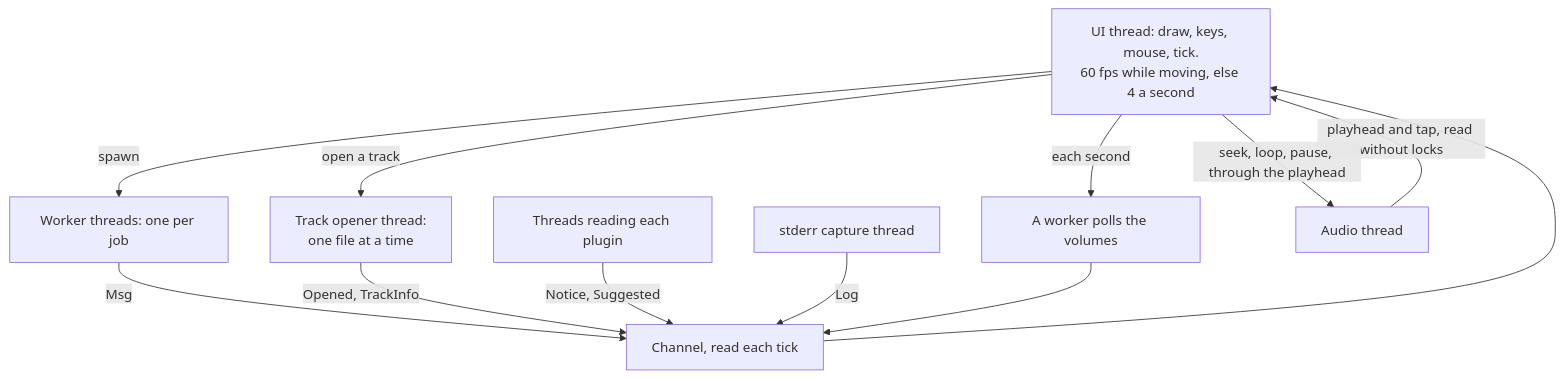
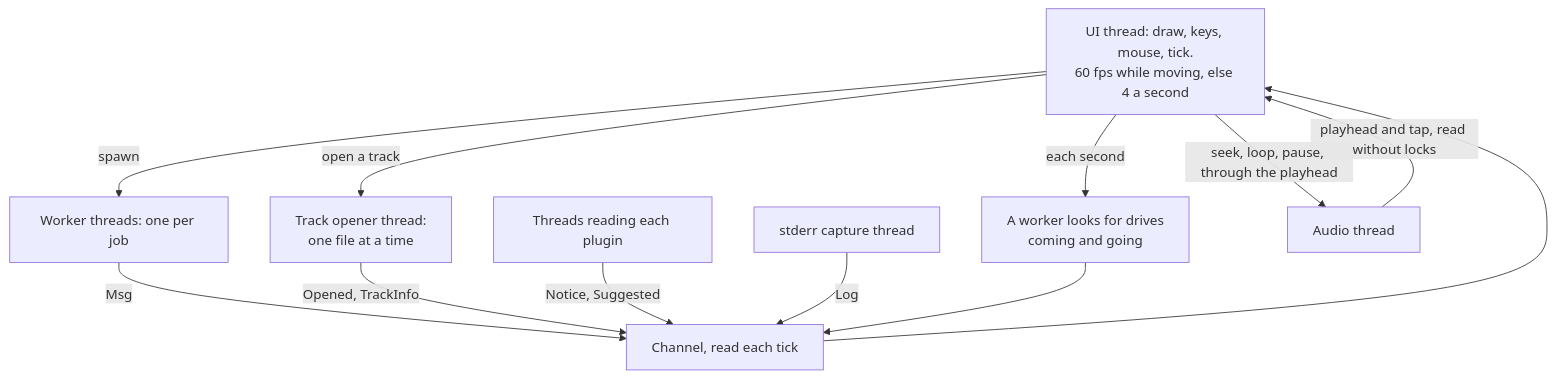
Before and after one commit to cutenode/localnetwork: the third of 13 diagrams in apps/locallibrary/docs/diagrams/player.md, drawn with Mermaid. The commit also changed other lines of this file and 4 other files, not shown here.

First line of the commit message:
docs(locallibrary): use the glossary's words and fix the player's charts

````diff
--- a/apps/locallibrary/docs/diagrams/player.md
+++ b/apps/locallibrary/docs/diagrams/player.md
@@ -67,15 +69,15 @@
 ```mermaid
 flowchart TD
     loop["UI thread: draw, keys, mouse, tick.<br/>60 fps while moving, else 4 a second"]
     workers["Worker threads: one per job"] -->|"Msg"| channel["Channel, read each tick"]
     opener["Track opener thread:<br/>one file at a time"] -->|"Opened, TrackInfo"| channel
     plugins["Threads reading each plugin"] -->|"Notice, Suggested"| channel
     stderr["stderr capture thread"] -->|"Log"| channel
     channel --> loop
     loop -->|"spawn"| workers
     loop -->|"open a track"| opener
-    loop -->|"each second"| poll["A worker polls the volumes"]
+    loop -->|"each second"| poll["A worker looks for drives<br/>coming and going"]
     poll --> channel
     audio["Audio thread"] -->|"playhead and tap, read without locks"| loop
     loop -->|"seek, loop, pause, through the playhead"| audio
 ```
````
